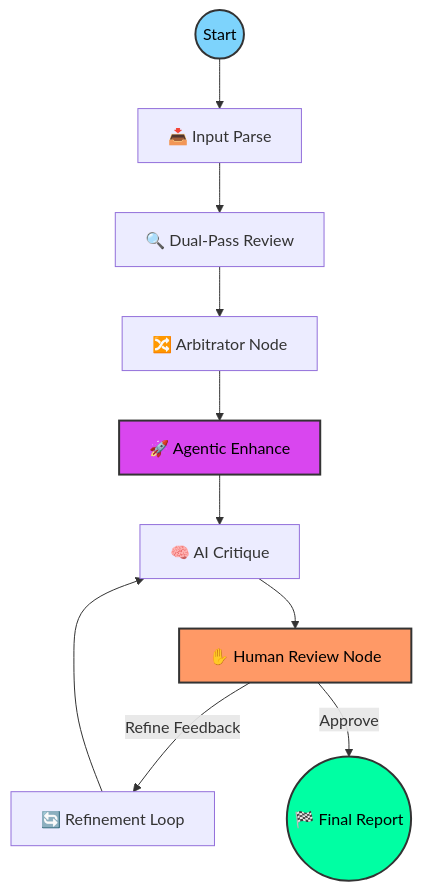
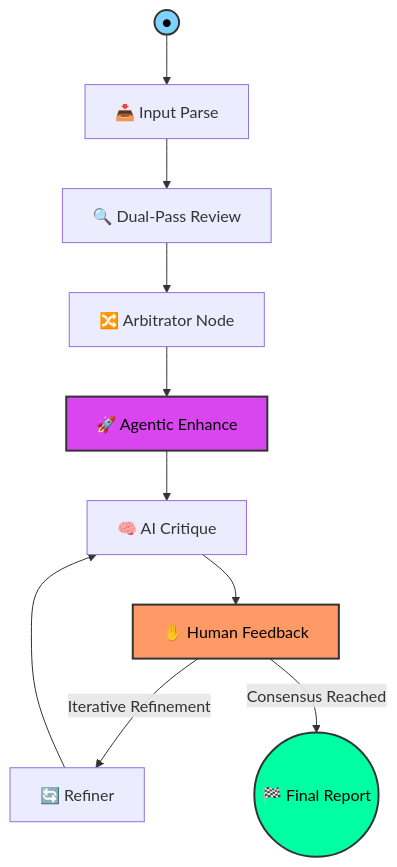
The diagram in README.md (naveensingh-dev/GitMind), drawn with Mermaid before and after one commit. The commit also changed other lines of this file and 45 other files, not shown here.

Commit message:
docs: significantly enhance README with autonomous reasoning and cognitive architecture details

````diff
--- a/README.md
+++ b/README.md
@@ -33,19 +32,19 @@
 ```mermaid
 graph TD
-    Start((Start)) --> Input[📥 Input Parse]
+    Start((●)) --> Input[📥 Input Parse]
     Input --> DP[🔍 Dual-Pass Review]
     DP --> Arb[🔀 Arbitrator Node]
     Arb --> Enh[🚀 Agentic Enhance]
     Enh --> Critique[🧠 AI Critique]
-    Critique --> HITL[✋ Human Review Node]
+    Critique --> HITL[✋ Human Feedback]
     
-    HITL -- "Refine Feedback" --> Refine[🔄 Refinement Loop]
+    HITL -- "Iterative Refinement" --> Refine[🔄 Refiner]
     Refine --> Critique
     
-    HITL -- "Approve" --> End((🏁 Final Report))
+    HITL -- "Consensus Reached" --> End((🏁 Final Report))
     
     style HITL fill:#f96,stroke:#333,stroke-width:2px,color:#000
     style End fill:#00ffa3,stroke:#333,stroke-width:2px,color:#000
     style Start fill:#7dd3fc,stroke:#333,stroke-width:2px,color:#000
     style Enh fill:#d946ef,stroke:#333,stroke-width:2px,color:#000
 ```
````
